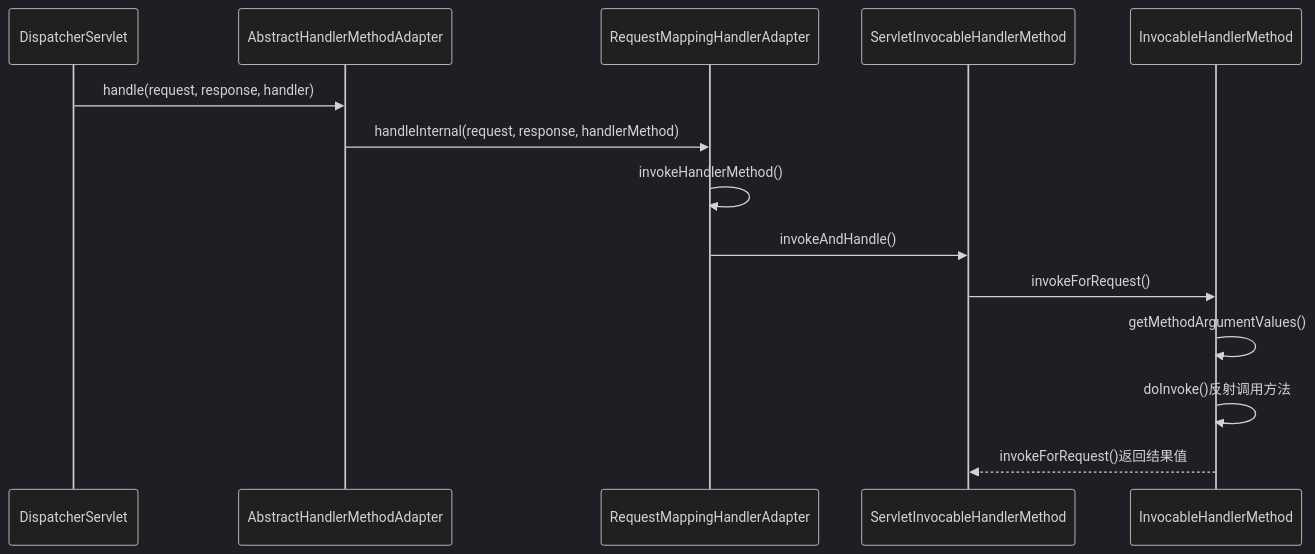
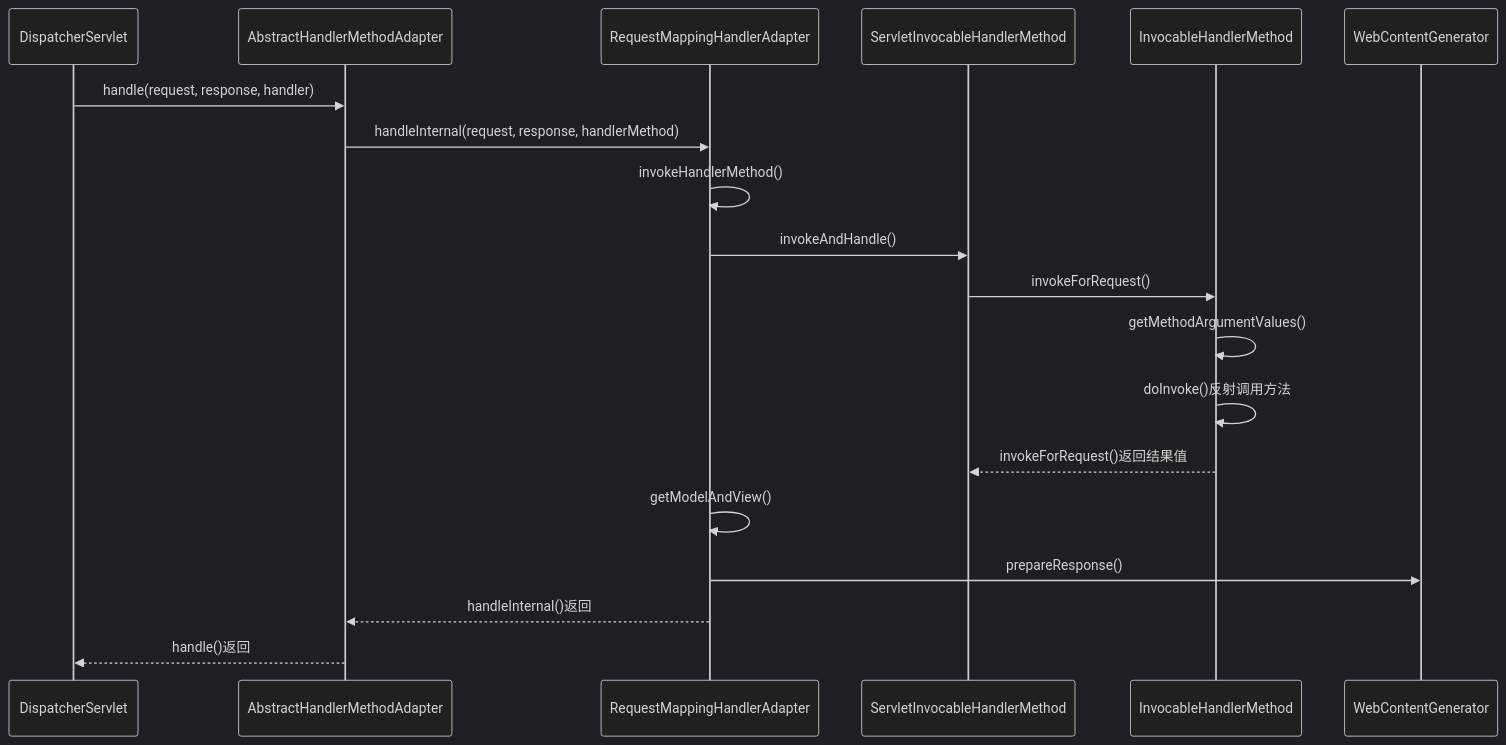
Before and after one commit to onlyonion/development: the diagram in 20-framework/src/spring/spring-webmvc/HandlerAdapter.md, drawn with Mermaid (dark theme). The commit also changed other lines of this file and 72 other files, not shown here.

````diff
--- a/20-framework/src/spring/spring-webmvc/HandlerAdapter.md
+++ b/20-framework/src/spring/spring-webmvc/HandlerAdapter.md
@@ -25,17 +44,25 @@
 ```mermaid
 sequenceDiagram
-    %% 请求传递到适配器
+    %% 请求传递到适配器 抽象处理方法适配器 -- 请求映射处理器适配器
     DispatcherServlet->>AbstractHandlerMethodAdapter:handle(request, response, handler)
     AbstractHandlerMethodAdapter->>RequestMappingHandlerAdapter:handleInternal(request, response, handlerMethod)
+    
     RequestMappingHandlerAdapter->>RequestMappingHandlerAdapter:invokeHandlerMethod()
-    
     %% 适配器调用处理方法
     RequestMappingHandlerAdapter->>ServletInvocableHandlerMethod:invokeAndHandle()
     
     %% 调用并处理
     ServletInvocableHandlerMethod->>InvocableHandlerMethod:invokeForRequest()
     InvocableHandlerMethod->>InvocableHandlerMethod:getMethodArgumentValues()
     InvocableHandlerMethod->>InvocableHandlerMethod:doInvoke()反射调用方法
 
     InvocableHandlerMethod-->>ServletInvocableHandlerMethod:invokeForRequest()返回结果值
+    
+    %% 获得模型视图对象
+    RequestMappingHandlerAdapter->>RequestMappingHandlerAdapter:getModelAndView()
+    RequestMappingHandlerAdapter->>WebContentGenerator:prepareResponse()
+    
+    
+    RequestMappingHandlerAdapter-->>AbstractHandlerMethodAdapter:handleInternal()返回
+    AbstractHandlerMethodAdapter-->>DispatcherServlet:handle()返回
 ```
````
